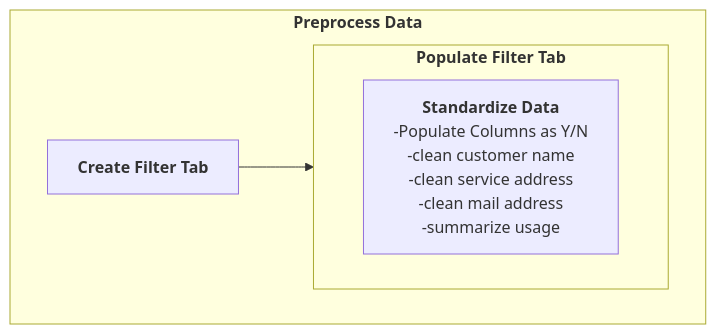
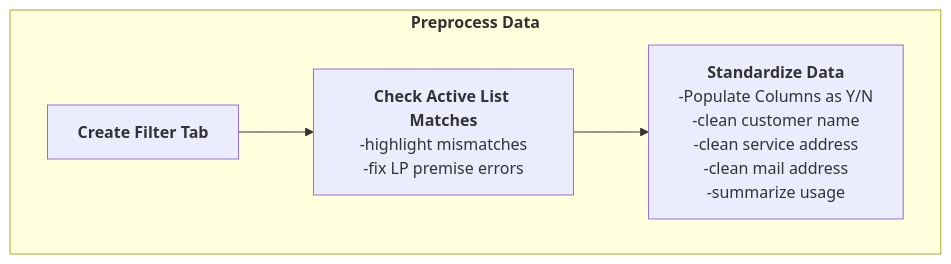
One commit to vistra-muniagg/List-Management-Tool changed the fourth of 4 diagrams in DIAGRAMS.md. Above: the diagram before and after it, drawn with Mermaid. The commit also changed other lines of this file, not shown here.

Commit message:
Add Preprocess Data section and update diagram

````diff
--- a/DIAGRAMS.md
+++ b/DIAGRAMS.md
@@ -185,26 +186,23 @@
 ```mermaid
 
 %%{init: {
   "theme": "base",
   "themeVariables": {
     "fontSize": "12px",
     "fontFamily": "Segoe UI",
     "primaryColor": "#eef6ff",          %% node fill
     "primaryBorderColor": "#1e40af",    %% node border
     "primaryTextColor": "#0f172a",      %% node text
     "lineColor": "#1e40af"
   }
 }}%%
 
 graph TD
 
     subgraph Preprocess_Data["<b>Preprocess Data</b>"]
     direction LR
-        create_filter_tab["<b>Create Filter Tab</b>"] --> populate_filter_tab["<b>Populate Filter Tab</b>"]
+        create_filter_tab["<b>Create Filter Tab</b>"] --> check_active_matches["<b>Check Active List Matches</b><br>-highlight mismatches<br>-fix LP premise errors"]
+        check_active_matches --> standardize_data["<b>Standardize Data</b><br>-Populate Columns as Y/N<br>-clean customer name<br>-clean service address<br>-clean mail address<br>-summarize usage"]
     end
 
-    subgraph populate_filter_tab["<b>Populate Filter Tab</b>"]
-    direction LR
-        standardize_data["<b>Standardize Data</b><br>-Populate Columns as Y/N<br>-clean customer name<br>-clean service address<br>-clean mail address<br>-summarize usage"]
-    end
 ```
````
